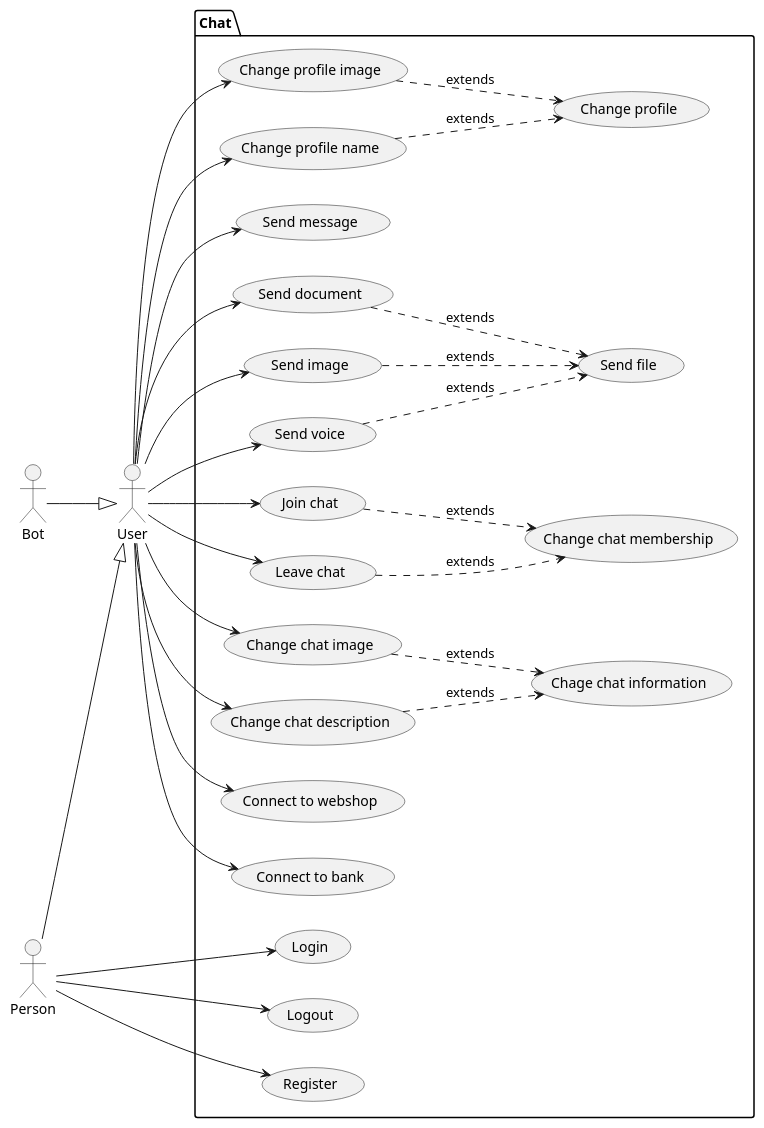
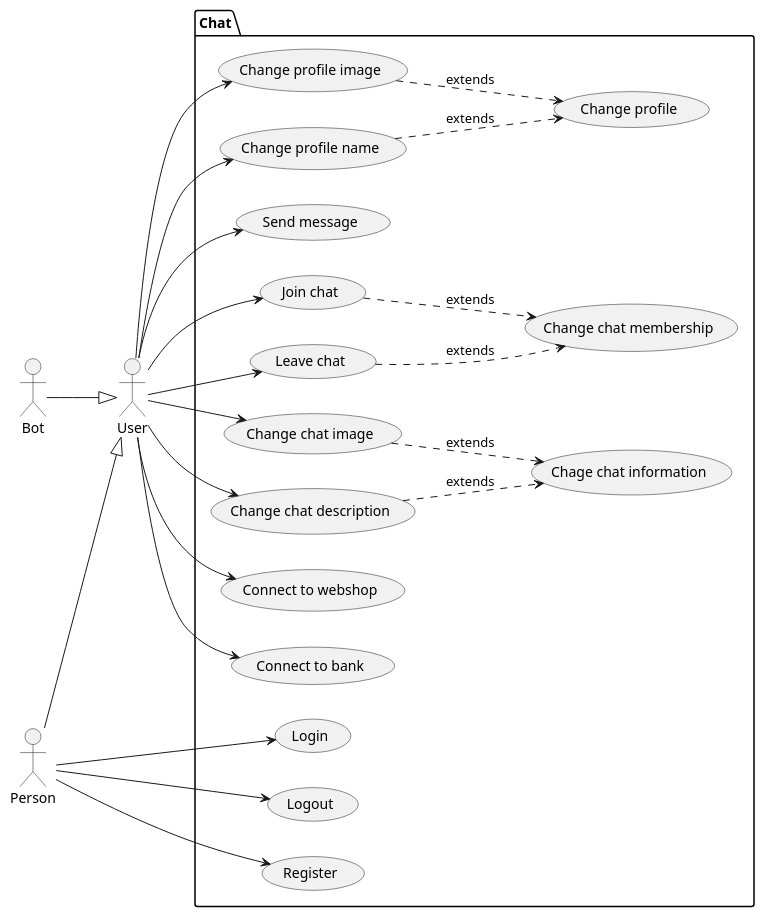
Before and after one commit to bbenno/oth-sw: the diagram in src/doc/uml-usecase.puml, drawn with PlantUML.

Commit message:
Merge usecases concerning messaging to one

```diff
--- a/src/doc/uml-usecase.puml
+++ b/src/doc/uml-usecase.puml
@@ -1,64 +1,54 @@
 @startuml chat
 left to right direction
 
 ' actors
 actor "User" as u
 actor "Person" as p
 actor "Bot" as b
 
 ' actor hierarchy
 p -down-|> u
 b -down-|> u
 
 ' use cases
 package "Chat" {
   usecase "Login" as oUC1
   usecase "Logout" as oUC2
   usecase "Register" as oUC3
   usecase "Change profile image" as oUC4
   usecase "Change profile name" as oUC5
   usecase "Change profile" as oeUC1
   oUC4 ..> oeUC1 : extends
   oUC5 ..> oeUC1 : extends
-  ' Messaging use cases
-  usecase "Send message" as mUC1
-  usecase "Send file" as mUC2
-  usecase "Send document" as mUC3
-  usecase "Send image" as mUC4
-  usecase "Send voice" as mUC5
-  mUC3 ..> mUC2 : extends
-  mUC4 ..> mUC2 : extends
-  mUC5 ..> mUC2 : extends
+
+  usecase "Send message" as mUC
   ' Chating use cases
   usecase "Join chat" as cUC1
   usecase "Leave chat" as cUC2
   usecase "Change chat membership" as ceUC2
   usecase "Change chat image" as cUC3
   usecase "Change chat description" as cUC4
   usecase "Chage chat information" as ceUC1
   cUC1 ..> ceUC2 : extends
   cUC2 ..> ceUC2 : extends
   cUC3 ..> ceUC1 : extends
   cUC4 ..> ceUC1 : extends
   ' Connecting to partners use cases
   usecase "Connect to webshop" as pUC1
   usecase "Connect to bank" as pUC2
 }
 
 '  link actor User with use cases
 p --> oUC1
 p --> oUC2
 p --> oUC3
 u --> oUC4
 u --> oUC5
-u --> mUC1
-u --> mUC3
-u --> mUC4
-u --> mUC5
+u --> mUC
 u --> cUC1
 u --> cUC2
 u --> cUC3
 u --> cUC4
 u --> pUC1
 u --> pUC2
 @enduml
```
